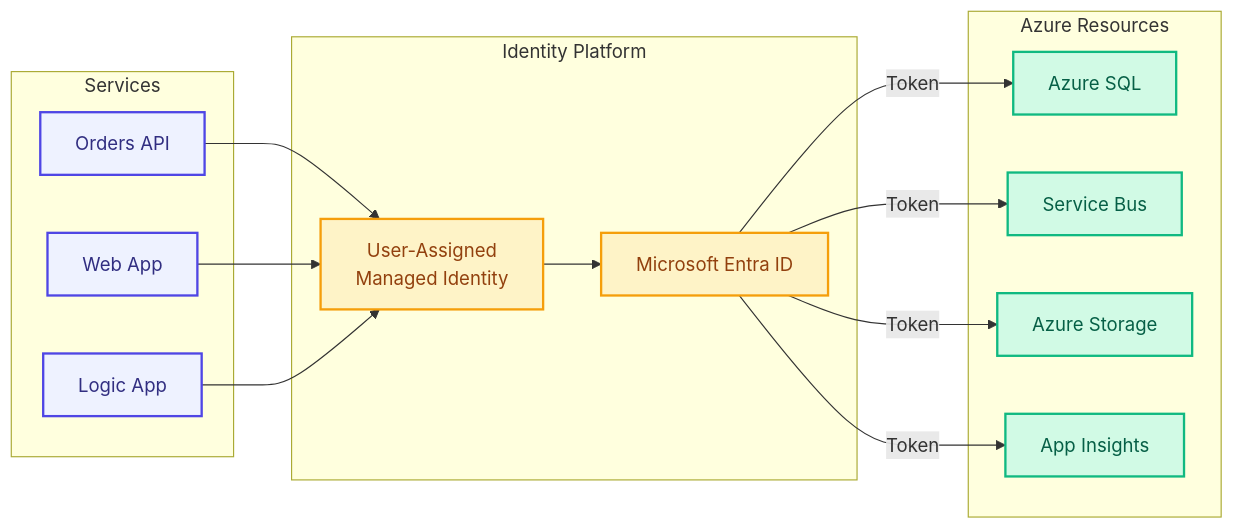
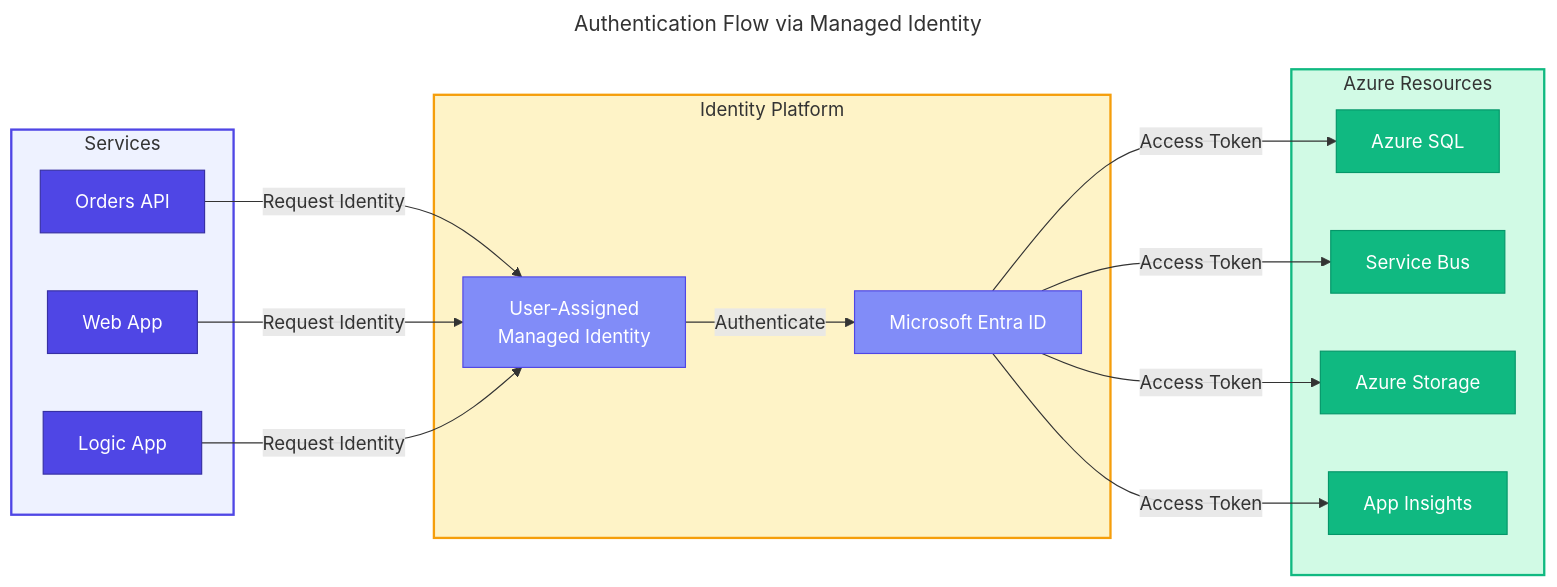
The first of 4 diagrams in docs/architecture/06-security-architecture.md (Evilazaro/Azure-LogicApps-Monitoring), drawn with Mermaid before and after one commit. The commit also changed other lines of this file, not shown here.

Commit message:
docs: Enhance mermaid diagrams in security architecture with titles and improved styling for better clarity and organization

````diff
--- a/docs/architecture/06-security-architecture.md
+++ b/docs/architecture/06-security-architecture.md
@@ -49,40 +49,54 @@
 ```mermaid
+---
+title: Authentication Flow via Managed Identity
+---
 flowchart LR
-    %% Authentication Flow - Services to Azure Resources via Managed Identity
+    %% ===== CLASS DEFINITIONS =====
+    classDef primary fill:#4F46E5,stroke:#3730A3,color:#FFFFFF
+    classDef secondary fill:#10B981,stroke:#059669,color:#FFFFFF
+    classDef datastore fill:#F59E0B,stroke:#D97706,color:#000000
+    classDef external fill:#6B7280,stroke:#4B5563,color:#FFFFFF,stroke-dasharray: 5 5
+    classDef failed fill:#F44336,stroke:#C62828,color:#FFFFFF
+    classDef trigger fill:#818CF8,stroke:#4F46E5,color:#FFFFFF
+    classDef decision fill:#FFFBEB,stroke:#F59E0B,color:#000000
+    classDef input fill:#F3F4F6,stroke:#6B7280,color:#000000
+
+    %% ===== SERVICES SUBGRAPH =====
     subgraph Services["Services"]
         API["Orders API"]
         WebApp["Web App"]
         LogicApp["Logic App"]
     end
+    style Services fill:#EEF2FF,stroke:#4F46E5,stroke-width:2px
 
+    %% ===== IDENTITY PLATFORM SUBGRAPH =====
     subgraph Identity["Identity Platform"]
         MI["User-Assigned<br/>Managed Identity"]
         EntraID["Microsoft Entra ID"]
     end
+    style Identity fill:#FEF3C7,stroke:#F59E0B,stroke-width:2px
 
+    %% ===== AZURE RESOURCES SUBGRAPH =====
     subgraph Resources["Azure Resources"]
         SQL["Azure SQL"]
         SB["Service Bus"]
         Storage["Azure Storage"]
         AI["App Insights"]
     end
+    style Resources fill:#D1FAE5,stroke:#10B981,stroke-width:2px
 
-    %% Authentication flow
-    API --> MI
-    WebApp --> MI
-    LogicApp --> MI
-    MI --> EntraID
-    EntraID -->|"Token"| SQL
-    EntraID -->|"Token"| SB
-    EntraID -->|"Token"| Storage
-    EntraID -->|"Token"| AI
+    %% ===== CONNECTIONS =====
+    API -->|"Request Identity"| MI
+    WebApp -->|"Request Identity"| MI
+    LogicApp -->|"Request Identity"| MI
+    MI -->|"Authenticate"| EntraID
+    EntraID -->|"Access Token"| SQL
+    EntraID -->|"Access Token"| SB
+    EntraID -->|"Access Token"| Storage
+    EntraID -->|"Access Token"| AI
 
-    %% Modern color palette - WCAG AA compliant
-    classDef service fill:#EEF2FF,stroke:#4F46E5,stroke-width:2px,color:#312E81
-    classDef identity fill:#FEF3C7,stroke:#F59E0B,stroke-width:2px,color:#92400E
-    classDef resource fill:#D1FAE5,stroke:#10B981,stroke-width:2px,color:#065F46
-
-    class API,WebApp,LogicApp service
-    class MI,EntraID identity
-    class SQL,SB,Storage,AI resource
+    %% ===== NODE STYLES =====
+    class API,WebApp,LogicApp primary
+    class MI,EntraID trigger
+    class SQL,SB,Storage,AI secondary
 ```
````
